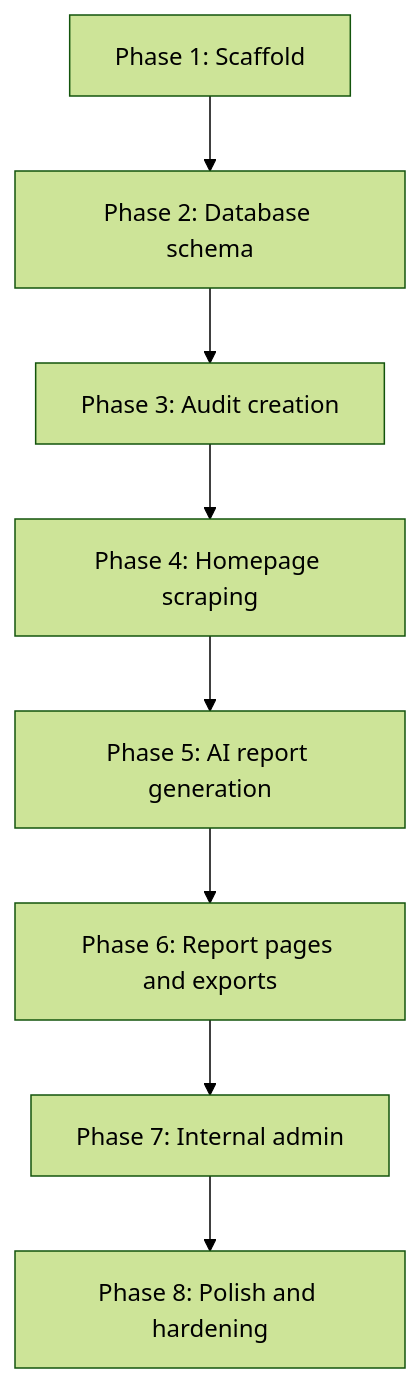
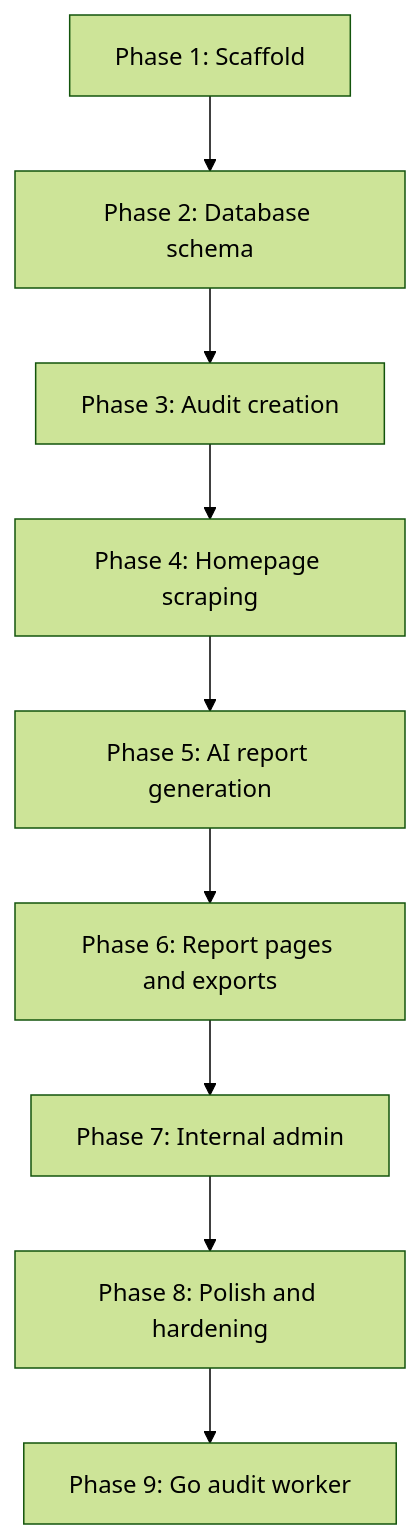
The tenth of 12 diagrams in docs/ARCHITECTURE.md (Luxion07/sitegap-ai), drawn with Mermaid (forest theme) before and after one commit. The commit also changed other lines of this file and 1 other file, not shown here.

First line of the commit message:
docs(architecture): make the Go worker stage the current design

````diff
--- a/docs/ARCHITECTURE.md
+++ b/docs/ARCHITECTURE.md
@@ -289,13 +343,14 @@
 ```mermaid
 flowchart TD
   P1[Phase 1: Scaffold]
   P2[Phase 2: Database schema]
   P3[Phase 3: Audit creation]
   P4[Phase 4: Homepage scraping]
   P5[Phase 5: AI report generation]
   P6[Phase 6: Report pages and exports]
   P7[Phase 7: Internal admin]
   P8[Phase 8: Polish and hardening]
+  P9[Phase 9: Go audit worker]
 
-  P1 --> P2 --> P3 --> P4 --> P5 --> P6 --> P7 --> P8
+  P1 --> P2 --> P3 --> P4 --> P5 --> P6 --> P7 --> P8 --> P9
 ```
````
